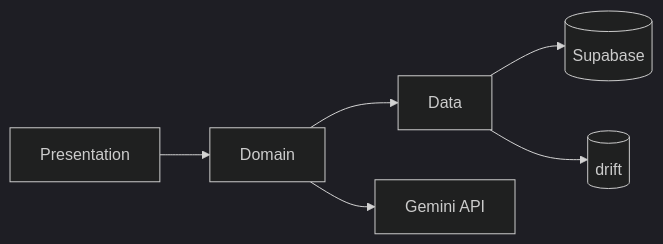
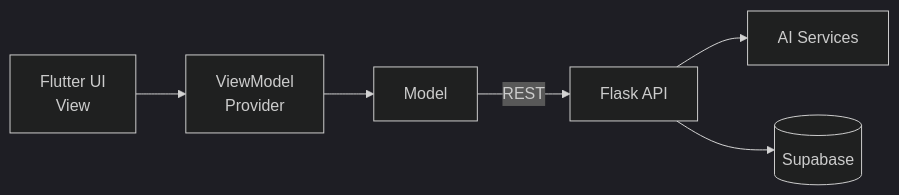
The first of 9 diagrams in docs/architecture.md (Mozn-jamous/bloombelly-showcase), drawn with Mermaid (dark theme) before and after one commit. The commit also changed other lines of this file and 4 other files, not shown here.

````diff
--- a/docs/architecture.md
+++ b/docs/architecture.md
@@ -21,8 +22,8 @@
 ```mermaid
 flowchart LR
-    A[Presentation] --> B[Domain]
-    B --> C[Data]
-    C --> D[(Supabase)]
-    C --> E[(drift)]
-    B --> F[Gemini API]
+    UI[Flutter UI<br/>View] --> VM[ViewModel<br/>Provider]
+    VM --> M[Model]
+    M -->|REST| FLASK[Flask API]
+    FLASK --> AI[AI Services]
+    FLASK --> SUPA[(Supabase)]
 ```
````
